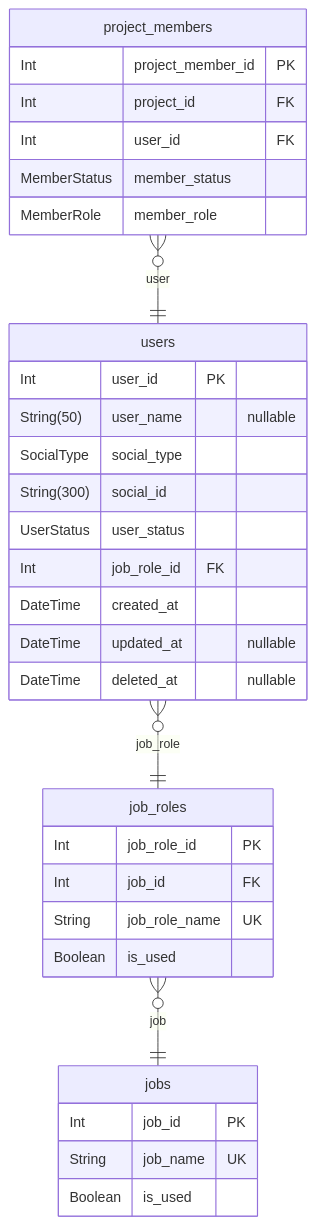
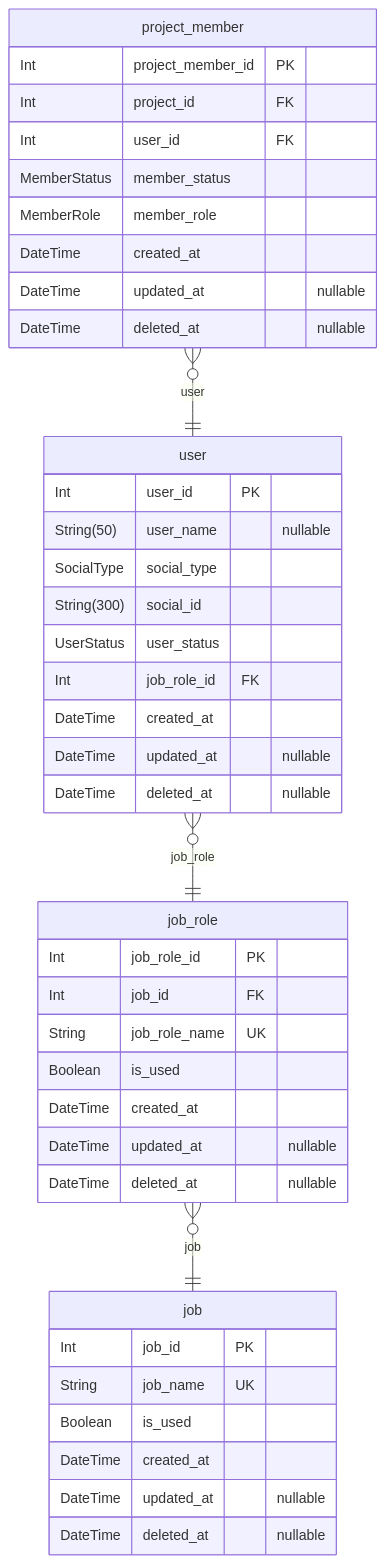
One commit to 723poil/nestjs-fastify-practice changed the third of 4 diagrams in prisma/ERD.md. Above: the diagram before and after it, drawn with Mermaid. The commit also changed other lines of this file and 6 other files, not shown here.

Commit message:
update erd

````diff
--- a/prisma/ERD.md
+++ b/prisma/ERD.md
@@ -188,35 +224,44 @@
 ```mermaid
 erDiagram
-"users" {
+"user" {
   Int user_id PK
   String(50) user_name "nullable"
   SocialType social_type
   String(300) social_id
   UserStatus user_status
   Int job_role_id FK
   DateTime created_at
   DateTime updated_at "nullable"
   DateTime deleted_at "nullable"
 }
-"jobs" {
+"job" {
   Int job_id PK
   String job_name UK
   Boolean is_used
+  DateTime created_at
+  DateTime updated_at "nullable"
+  DateTime deleted_at "nullable"
 }
-"job_roles" {
+"job_role" {
   Int job_role_id PK
   Int job_id FK
   String job_role_name UK
   Boolean is_used
+  DateTime created_at
+  DateTime updated_at "nullable"
+  DateTime deleted_at "nullable"
 }
-"project_members" {
+"project_member" {
   Int project_member_id PK
   Int project_id FK
   Int user_id FK
   MemberStatus member_status
   MemberRole member_role
+  DateTime created_at
+  DateTime updated_at "nullable"
+  DateTime deleted_at "nullable"
 }
-"users" }o--|| "job_roles" : job_role
-"job_roles" }o--|| "jobs" : job
-"project_members" }o--|| "users" : user
+"user" }o--|| "job_role" : job_role
+"job_role" }o--|| "job" : job
+"project_member" }o--|| "user" : user
 ```
````
